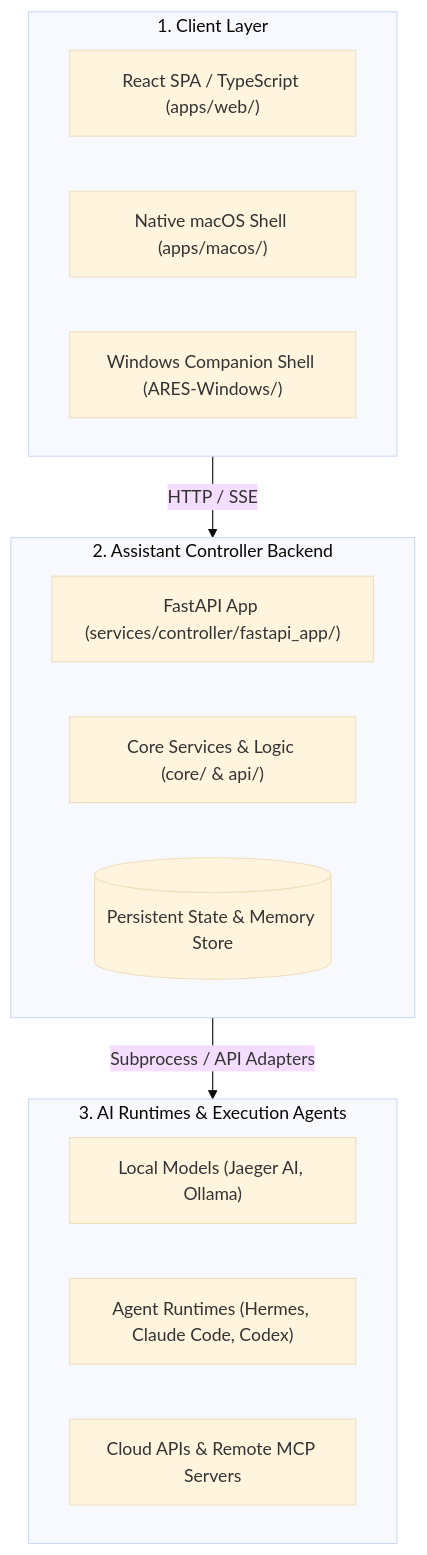
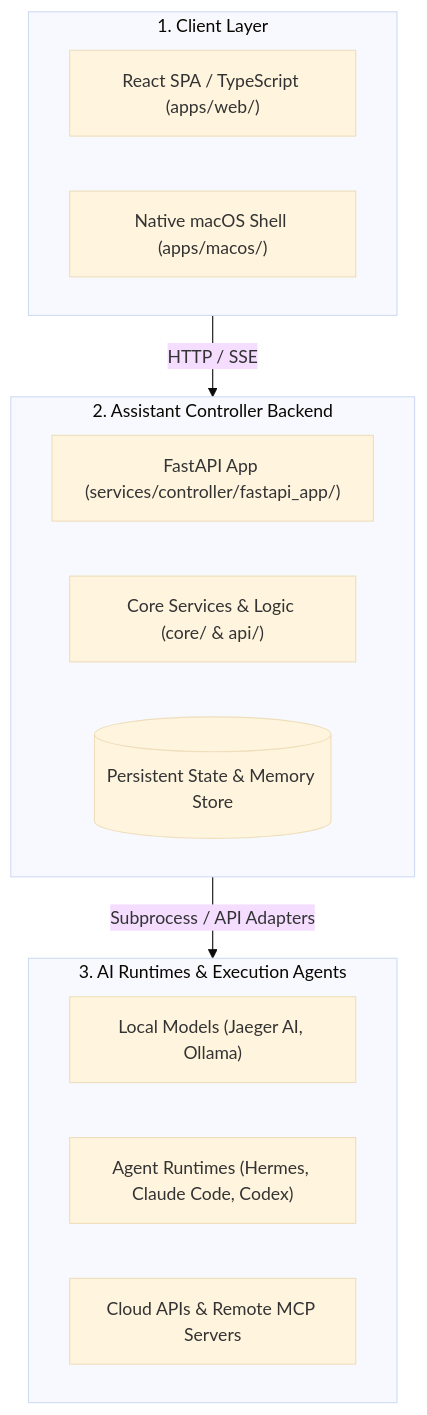
The first of 3 diagrams in docs/ARCHITECTURE.md (shuwalker/ARES), drawn with Mermaid (base theme) before and after one commit. The commit also changed other lines of this file and 24 other files, not shown here.

````diff
--- a/docs/ARCHITECTURE.md
+++ b/docs/ARCHITECTURE.md
@@ -17,23 +19,22 @@
 ```mermaid
 flowchart TD
     subgraph Client ["1. Client Layer"]
         ReactUI["React SPA / TypeScript (apps/web/)"]
         MacUI["Native macOS Shell (apps/macos/)"]
-        WinUI["Windows Companion Shell (ARES-Windows/)"]
     end
 
     subgraph Controller ["2. Assistant Controller Backend"]
         FastAPI["FastAPI App (services/controller/fastapi_app/)"]
         CoreLogic["Core Services & Logic (core/ & api/)"]
         SQLiteDB[(Persistent State & Memory Store)]
     end
 
     subgraph Runtimes ["3. AI Runtimes & Execution Agents"]
         LocalModels["Local Models (Jaeger AI, Ollama)"]
         AgentRuntimes["Agent Runtimes (Hermes, Claude Code, Codex)"]
         CloudAPIs["Cloud APIs & Remote MCP Servers"]
     end
 
     Client -->|HTTP / SSE| Controller
     Controller -->|Subprocess / API Adapters| Runtimes
 ```
````
